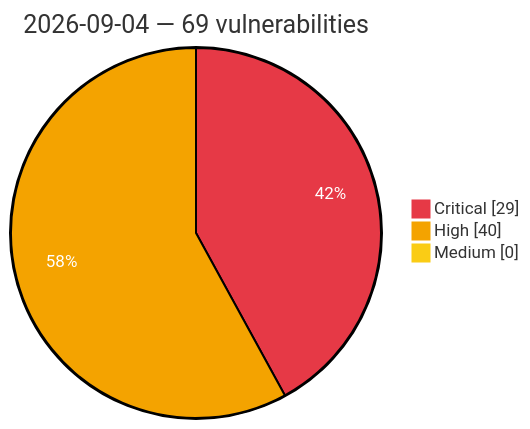
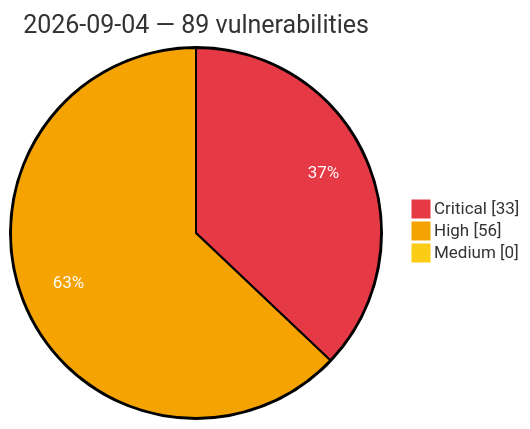
The diagram in vulnerabilities/2026/September/2026-09-04.md (GhostX0X/vuln-tracker), drawn with Mermaid before and after one commit. The commit also changed other lines of this file and 5 other files, not shown here.

Commit message:
Auto update: critical/high vulns (2026-09-04 19:52 UTC)

````diff
--- a/vulnerabilities/2026/September/2026-09-04.md
+++ b/vulnerabilities/2026/September/2026-09-04.md
@@ -3,8 +3,8 @@
 ```mermaid
 %%{init: {'theme':'base', 'themeVariables': {'pie1':'#e63946', 'pie2':'#f4a300', 'pie3':'#facc15', 'pieOpacity':'1', 'pieOuterStrokeWidth':'2px', 'pieSectionTextColor':'#ffffff'}}}%%
 pie showData
-    title 2026-09-04 — 69 vulnerabilities
-    "Critical" : 29
-    "High" : 40
+    title 2026-09-04 — 89 vulnerabilities
+    "Critical" : 33
+    "High" : 56
     "Medium" : 0
 ```
````
